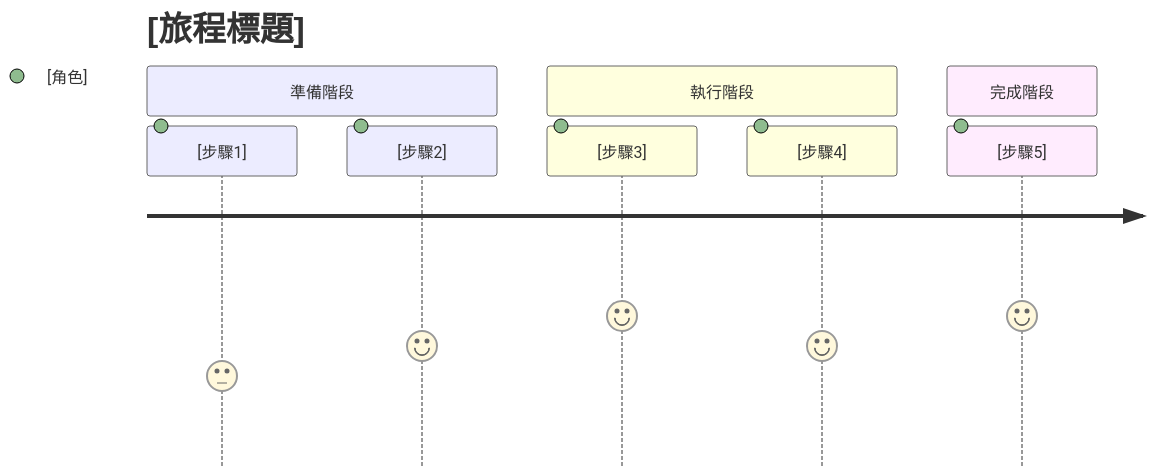
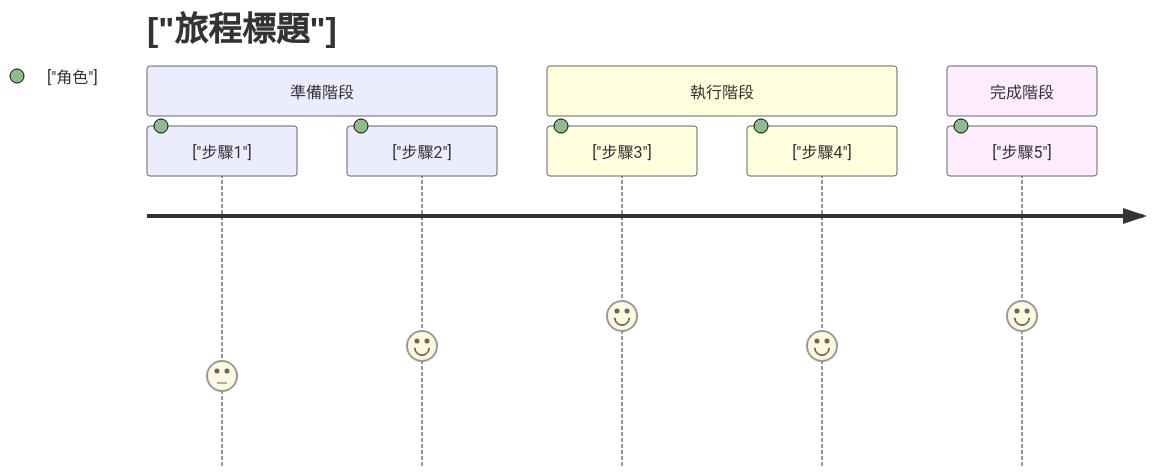
One commit to ro9er117911/SDD_kit changed the third of 3 diagrams in .specify/templates/10_business-template.md. Above: the diagram before and after it, drawn with Mermaid. The commit also changed other lines of this file and 116 other files, not shown here.

````diff
--- a/.specify/templates/10_business-template.md
+++ b/.specify/templates/10_business-template.md
@@ -411,12 +411,12 @@
 ```mermaid
 journey
-    title [旅程標題]
+    title ["旅程標題"]
     section 準備階段
-      [步驟1]: 3: [角色]
-      [步驟2]: 4: [角色]
+      ["步驟1"]: 3: ["角色"]
+      ["步驟2"]: 4: ["角色"]
     section 執行階段
-      [步驟3]: 5: [角色]
-      [步驟4]: 4: [角色]
+      ["步驟3"]: 5: ["角色"]
+      ["步驟4"]: 4: ["角色"]
     section 完成階段
-      [步驟5]: 5: [角色]
+      ["步驟5"]: 5: ["角色"]
 ```
````
